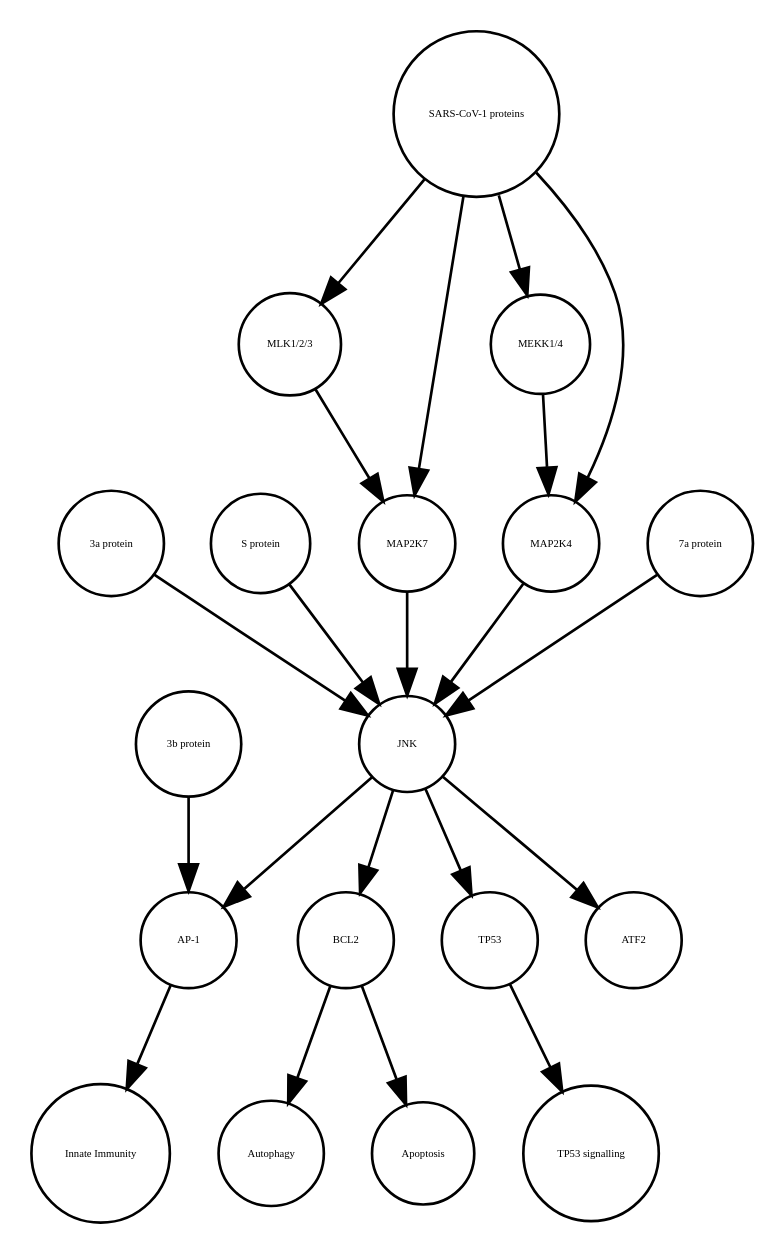
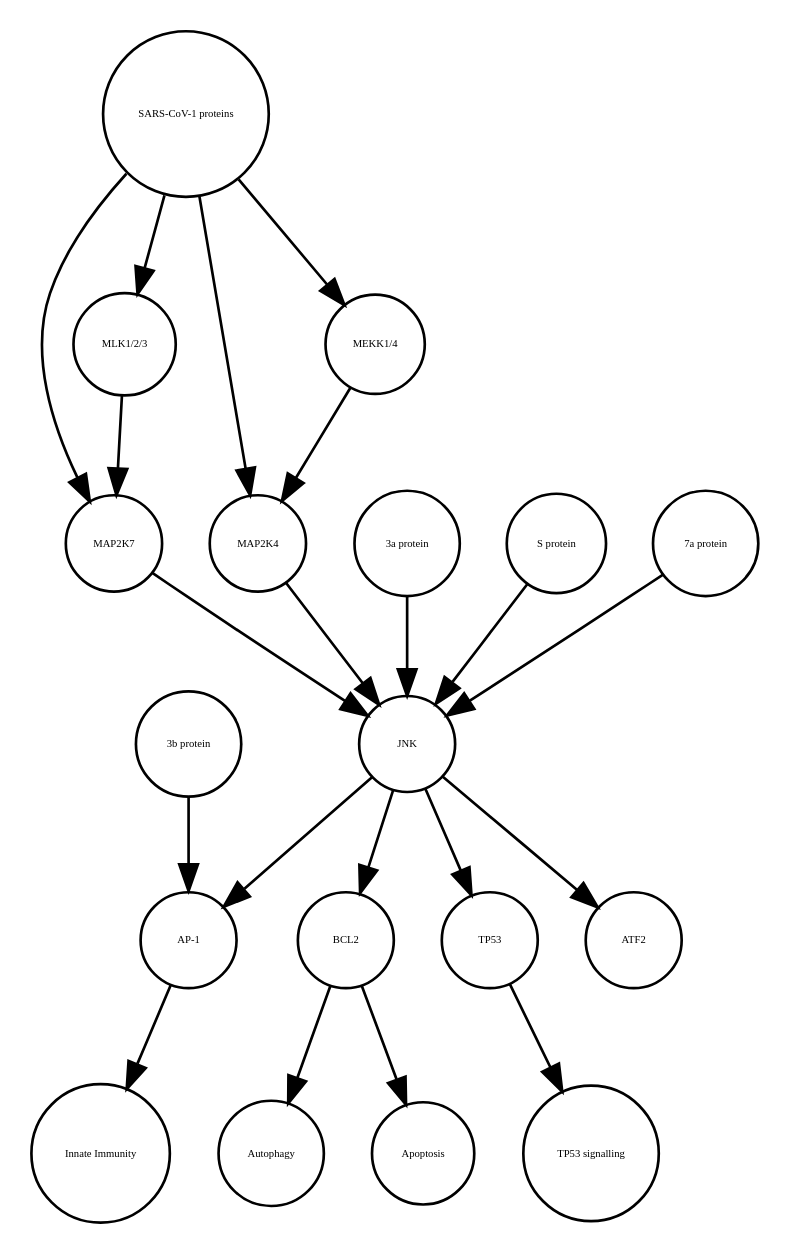
The diagram in JNK_pathway_v2.1.xml_projected.dot (cannin/covid19-sbgn), drawn with Graphviz before and after one commit. The commit also changed other lines of this file and 564 other files, not shown here.

```diff
--- a/JNK_pathway_v2.1.xml_projected.dot
+++ b/JNK_pathway_v2.1.xml_projected.dot
@@ -1,40 +1,40 @@
 strict digraph  {
 BCL2 [annotation=urn_miriam_uniprot_P10415, bipartite=0, cls=macromolecule, fontsize=4, label=BCL2, shape=circle];
 Autophagy [annotation="", bipartite=0, cls=phenotype, fontsize=4, label=Autophagy, shape=circle];
 "AP-1" [annotation="", bipartite=0, cls=complex, fontsize=4, label="AP-1", shape=circle];
 "Innate Immunity" [annotation="", bipartite=0, cls=phenotype, fontsize=4, label="Innate Immunity", shape=circle];
 TP53 [annotation=urn_miriam_uniprot_P04637, bipartite=0, cls=macromolecule, fontsize=4, label=TP53, shape=circle];
 "TP53 signalling" [annotation="", bipartite=0, cls=phenotype, fontsize=4, label="TP53 signalling", shape=circle];
 Apoptosis [annotation="", bipartite=0, cls=phenotype, fontsize=4, label=Apoptosis, shape=circle];
-"SARS-CoV-1 proteins" [annotation="", bipartite=0, cls=complex, fontsize=4, label="SARS-CoV-1 proteins", shape=circle];
-"MLK1/2/3" [annotation="", bipartite=0, cls=complex, fontsize=4, label="MLK1/2/3", shape=circle];
-"3a protein" [annotation="", bipartite=0, cls=macromolecule, fontsize=4, label="3a protein", shape=circle];
-"S protein" [annotation="", bipartite=0, cls=macromolecule, fontsize=4, label="S protein", shape=circle];
 ATF2 [annotation=urn_miriam_uniprot_P15336, bipartite=0, cls=macromolecule, fontsize=4, label=ATF2, shape=circle];
 MAP2K7 [annotation=urn_miriam_uniprot_O14733, bipartite=0, cls=macromolecule, fontsize=4, label=MAP2K7, shape=circle];
+"3a protein" [annotation="", bipartite=0, cls=macromolecule, fontsize=4, label="3a protein", shape=circle];
 "3b protein" [annotation="", bipartite=0, cls=macromolecule, fontsize=4, label="3b protein", shape=circle];
+"SARS-CoV-1 proteins" [annotation="", bipartite=0, cls=complex, fontsize=4, label="SARS-CoV-1 proteins", shape=circle];
+"S protein" [annotation="", bipartite=0, cls=macromolecule, fontsize=4, label="S protein", shape=circle];
+MAP2K4 [annotation=urn_miriam_uniprot_P45985, bipartite=0, cls=macromolecule, fontsize=4, label=MAP2K4, shape=circle];
+"MLK1/2/3" [annotation="", bipartite=0, cls=complex, fontsize=4, label="MLK1/2/3", shape=circle];
 "MEKK1/4" [annotation="", bipartite=0, cls=complex, fontsize=4, label="MEKK1/4", shape=circle];
-MAP2K4 [annotation=urn_miriam_uniprot_P45985, bipartite=0, cls=macromolecule, fontsize=4, label=MAP2K4, shape=circle];
+JNK [annotation="", bipartite=0, cls=complex, fontsize=4, label=JNK, shape=circle];
 "7a protein" [annotation="", bipartite=0, cls=macromolecule, fontsize=4, label="7a protein", shape=circle];
-JNK [annotation="", bipartite=0, cls=complex, fontsize=4, label=JNK, shape=circle];
 BCL2 -> Autophagy  [annotation="", interaction_type="necessary stimulation"];
 BCL2 -> Apoptosis  [annotation="", interaction_type=inhibition];
 "AP-1" -> "Innate Immunity"  [annotation="", interaction_type="necessary stimulation"];
 TP53 -> "TP53 signalling"  [annotation="", interaction_type="necessary stimulation"];
-"SARS-CoV-1 proteins" -> "MEKK1/4"  [annotation="urn_miriam_pubmed_31226023|urn_miriam_taxonomy_694009", interaction_type=stimulation];
+MAP2K7 -> JNK  [annotation=urn_miriam_pubmed_17141229, interaction_type=stimulation];
+"3a protein" -> JNK  [annotation=urn_miriam_pubmed_17141229, interaction_type=stimulation];
+"3b protein" -> "AP-1"  [annotation=urn_miriam_pubmed_21561061, interaction_type=stimulation];
 "SARS-CoV-1 proteins" -> "MLK1/2/3"  [annotation="urn_miriam_taxonomy_694009|urn_miriam_pubmed_31226023", interaction_type=stimulation];
 "SARS-CoV-1 proteins" -> MAP2K7  [annotation="urn_miriam_pubmed_31226023|urn_miriam_taxonomy_694009", interaction_type=stimulation];
+"SARS-CoV-1 proteins" -> "MEKK1/4"  [annotation="urn_miriam_pubmed_31226023|urn_miriam_taxonomy_694009", interaction_type=stimulation];
 "SARS-CoV-1 proteins" -> MAP2K4  [annotation="urn_miriam_pubmed_31226023|urn_miriam_taxonomy_694009", interaction_type=stimulation];
+"S protein" -> JNK  [annotation=urn_miriam_pubmed_17267381, interaction_type=stimulation];
+MAP2K4 -> JNK  [annotation=urn_miriam_pubmed_17141229, interaction_type=stimulation];
 "MLK1/2/3" -> MAP2K7  [annotation="urn_miriam_pubmed_31226023|urn_miriam_taxonomy_694009", interaction_type=stimulation];
-"3a protein" -> JNK  [annotation=urn_miriam_pubmed_17141229, interaction_type=stimulation];
-"S protein" -> JNK  [annotation=urn_miriam_pubmed_17267381, interaction_type=stimulation];
-MAP2K7 -> JNK  [annotation=urn_miriam_pubmed_17141229, interaction_type=stimulation];
-"3b protein" -> "AP-1"  [annotation=urn_miriam_pubmed_21561061, interaction_type=stimulation];
 "MEKK1/4" -> MAP2K4  [annotation="urn_miriam_pubmed_31226023|urn_miriam_taxonomy_694009", interaction_type=stimulation];
-MAP2K4 -> JNK  [annotation=urn_miriam_pubmed_17141229, interaction_type=stimulation];
+JNK -> BCL2  [annotation=urn_miriam_pubmed_10567572, interaction_type=stimulation];
+JNK -> "AP-1"  [annotation=urn_miriam_pubmed_21561061, interaction_type=stimulation];
+JNK -> ATF2  [annotation="", interaction_type=stimulation];
+JNK -> TP53  [annotation="", interaction_type=stimulation];
 "7a protein" -> JNK  [annotation=urn_miriam_pubmed_17141229, interaction_type=stimulation];
-JNK -> TP53  [annotation="", interaction_type=stimulation];
-JNK -> BCL2  [annotation=urn_miriam_pubmed_10567572, interaction_type=stimulation];
-JNK -> ATF2  [annotation="", interaction_type=stimulation];
-JNK -> "AP-1"  [annotation=urn_miriam_pubmed_21561061, interaction_type=stimulation];
 }
```
